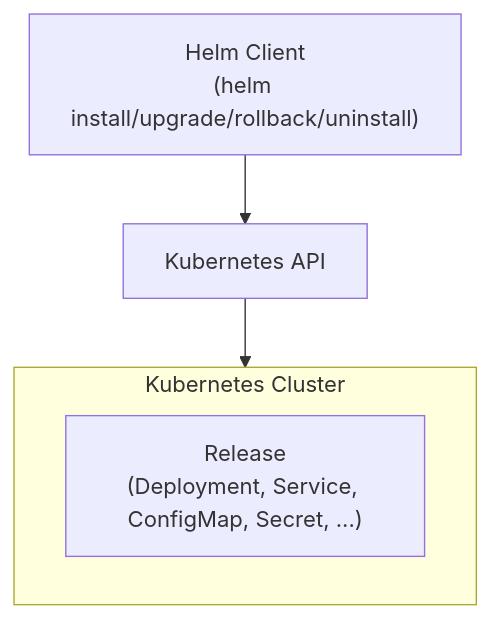
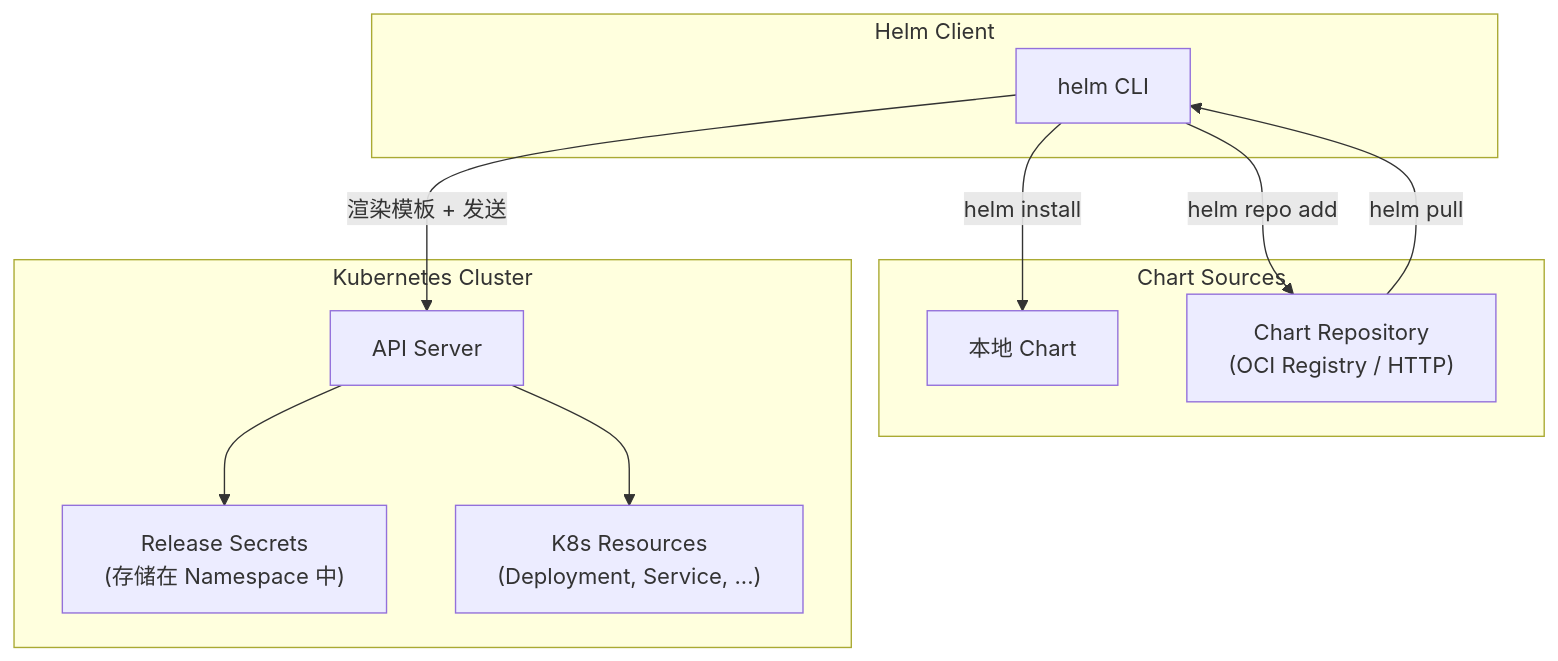
One commit to jpixy/jpixy.github.io changed the diagram in content/articles/cloud-native/k8s-08-Helm包管理.md. Above: the diagram before and after it, drawn with Mermaid. The commit also changed other lines of this file and 10 other files, not shown here.

````diff
--- a/content/articles/cloud-native/k8s-08-Helm包管理.md
+++ b/content/articles/cloud-native/k8s-08-Helm包管理.md
@@ -28,11 +41,24 @@
 ```mermaid
 graph TB
-    HELM["Helm Client<br>(helm install/upgrade/rollback/uninstall)"]
-    API[Kubernetes API]
-    
-    subgraph CLUSTER["Kubernetes Cluster"]
-        REL["Release<br>(Deployment, Service, ConfigMap, Secret, ...)"]
+    subgraph "Helm Client"
+        CLI["helm CLI"]
     end
     
-    HELM --> API --> CLUSTER
+    subgraph "Chart Sources"
+        LOCAL["本地 Chart"]
+        REPO["Chart Repository<br>(OCI Registry / HTTP)"]
+    end
+    
+    subgraph "Kubernetes Cluster"
+        API["API Server"]
+        SEC["Release Secrets<br>(存储在 Namespace 中)"]
+        RES["K8s Resources<br>(Deployment, Service, ...)"]
+    end
+    
+    CLI -->|"helm install"| LOCAL
+    CLI -->|"helm repo add"| REPO
+    REPO -->|"helm pull"| CLI
+    CLI -->|"渲染模板 + 发送"| API
+    API --> SEC
+    API --> RES
 ```
````
